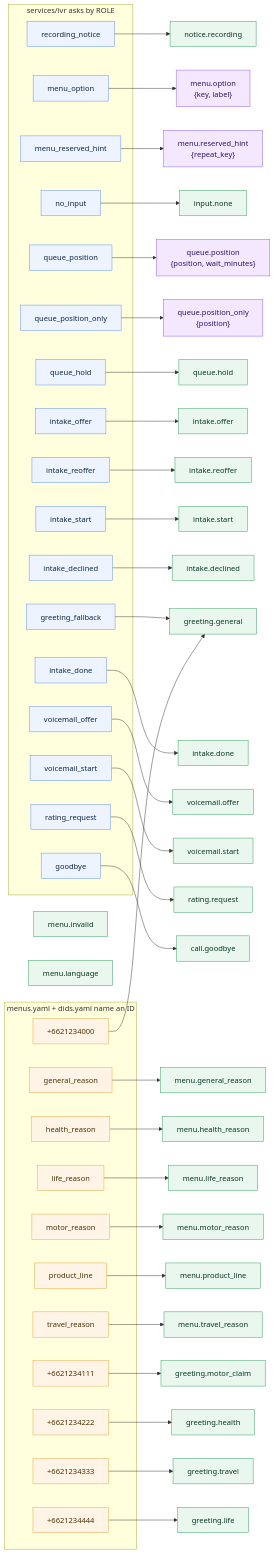
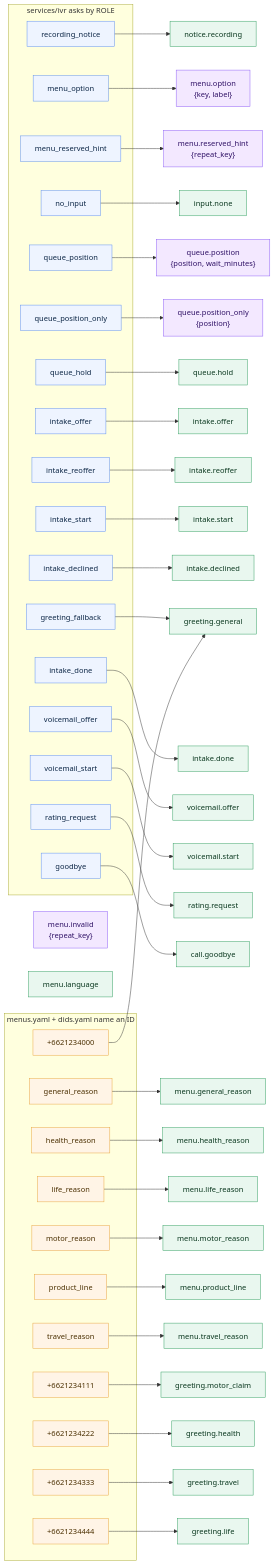
One commit to anakom-suvonvorn/Krungsri-ReadyCall changed the diagram in docs/diagrams/src/voice_prompts.mmd. Above: the diagram before and after it, drawn with Mermaid. The commit also changed 33 other files, not shown here.

```diff
--- a/docs/diagrams/src/voice_prompts.mmd
+++ b/docs/diagrams/src/voice_prompts.mmd
@@ -1,101 +1,102 @@
 %% GENERATED by scripts/gen_diagrams.py - do not edit by hand.
 %% Source of truth: config/voice_prompts.yaml + config/menus.yaml + config/dids.yaml
 flowchart LR
     subgraph flow["services/ivr asks by ROLE"]
         role_greeting_fallback["greeting_fallback"]:::role
         role_recording_notice["recording_notice"]:::role
         role_menu_option["menu_option"]:::role
         role_menu_reserved_hint["menu_reserved_hint"]:::role
         role_no_input["no_input"]:::role
         role_queue_position["queue_position"]:::role
         role_queue_position_only["queue_position_only"]:::role
         role_queue_hold["queue_hold"]:::role
         role_intake_offer["intake_offer"]:::role
         role_intake_reoffer["intake_reoffer"]:::role
         role_intake_start["intake_start"]:::role
         role_intake_declined["intake_declined"]:::role
         role_intake_done["intake_done"]:::role
         role_voicemail_offer["voicemail_offer"]:::role
         role_voicemail_start["voicemail_start"]:::role
         role_rating_request["rating_request"]:::role
         role_goodbye["goodbye"]:::role
     end
     subgraph cfg["menus.yaml + dids.yaml name an ID"]
         menu_general_reason["general_reason"]:::cfg
         menu_health_reason["health_reason"]:::cfg
         menu_life_reason["life_reason"]:::cfg
         menu_motor_reason["motor_reason"]:::cfg
         menu_product_line["product_line"]:::cfg
         menu_travel_reason["travel_reason"]:::cfg
         did_p6621234000["+6621234000"]:::cfg
         did_p6621234111["+6621234111"]:::cfg
         did_p6621234222["+6621234222"]:::cfg
         did_p6621234333["+6621234333"]:::cfg
         did_p6621234444["+6621234444"]:::cfg
     end
     p_call_goodbye["call.goodbye"]:::static
     p_greeting_general["greeting.general"]:::static
     p_greeting_health["greeting.health"]:::static
     p_greeting_life["greeting.life"]:::static
     p_greeting_motor_claim["greeting.motor_claim"]:::static
     p_greeting_travel["greeting.travel"]:::static
     p_input_none["input.none"]:::static
     p_intake_declined["intake.declined"]:::static
     p_intake_done["intake.done"]:::static
     p_intake_offer["intake.offer"]:::static
     p_intake_reoffer["intake.reoffer"]:::static
     p_intake_start["intake.start"]:::static
     p_menu_general_reason["menu.general_reason"]:::static
     p_menu_health_reason["menu.health_reason"]:::static
-    p_menu_invalid["menu.invalid"]:::static
+    p_menu_invalid["menu.invalid
+{repeat_key}"]:::dyn
     p_menu_language["menu.language"]:::static
     p_menu_life_reason["menu.life_reason"]:::static
     p_menu_motor_reason["menu.motor_reason"]:::static
     p_menu_option["menu.option
 {key, label}"]:::dyn
     p_menu_product_line["menu.product_line"]:::static
     p_menu_reserved_hint["menu.reserved_hint
 {repeat_key}"]:::dyn
     p_menu_travel_reason["menu.travel_reason"]:::static
     p_notice_recording["notice.recording"]:::static
     p_queue_hold["queue.hold"]:::static
     p_queue_position["queue.position
 {position, wait_minutes}"]:::dyn
     p_queue_position_only["queue.position_only
 {position}"]:::dyn
     p_rating_request["rating.request"]:::static
     p_voicemail_offer["voicemail.offer"]:::static
     p_voicemail_start["voicemail.start"]:::static
     role_goodbye --> p_call_goodbye
     role_greeting_fallback --> p_greeting_general
     role_intake_declined --> p_intake_declined
     role_intake_done --> p_intake_done
     role_intake_offer --> p_intake_offer
     role_intake_reoffer --> p_intake_reoffer
     role_intake_start --> p_intake_start
     role_menu_option --> p_menu_option
     role_menu_reserved_hint --> p_menu_reserved_hint
     role_no_input --> p_input_none
     role_queue_hold --> p_queue_hold
     role_queue_position --> p_queue_position
     role_queue_position_only --> p_queue_position_only
     role_rating_request --> p_rating_request
     role_recording_notice --> p_notice_recording
     role_voicemail_offer --> p_voicemail_offer
     role_voicemail_start --> p_voicemail_start
     menu_general_reason --> p_menu_general_reason
     menu_health_reason --> p_menu_health_reason
     menu_life_reason --> p_menu_life_reason
     menu_motor_reason --> p_menu_motor_reason
     menu_product_line --> p_menu_product_line
     menu_travel_reason --> p_menu_travel_reason
     did_p6621234000 --> p_greeting_general
     did_p6621234111 --> p_greeting_motor_claim
     did_p6621234222 --> p_greeting_health
     did_p6621234333 --> p_greeting_travel
     did_p6621234444 --> p_greeting_life
     classDef role fill:#eef4ff,stroke:#5b8def,color:#0b2545
     classDef cfg fill:#fff4e6,stroke:#e8a33d,color:#4a2f00
     classDef static fill:#e9f7ef,stroke:#2f9e5f,color:#08361d
     classDef dyn fill:#f3e8ff,stroke:#8b5cf6,color:#2e1065
     classDef orphan fill:#ffe4e6,stroke:#e11d48,color:#4c0519
```
